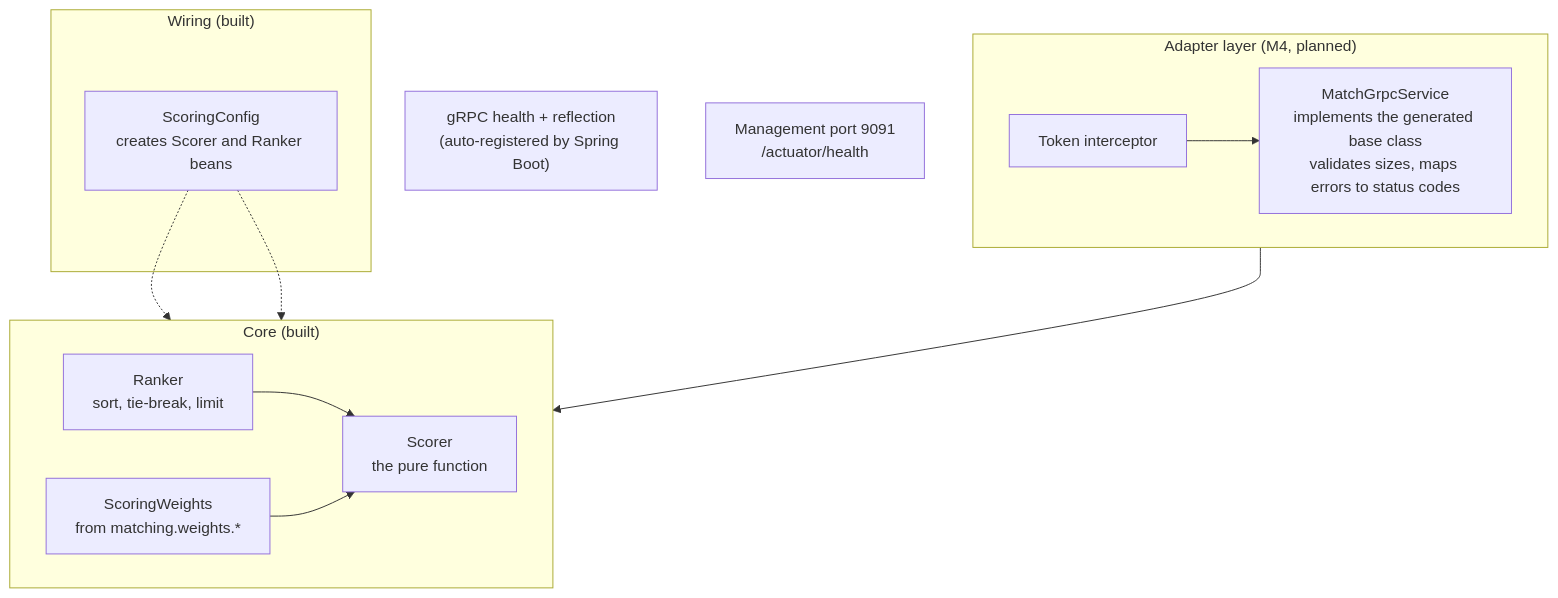
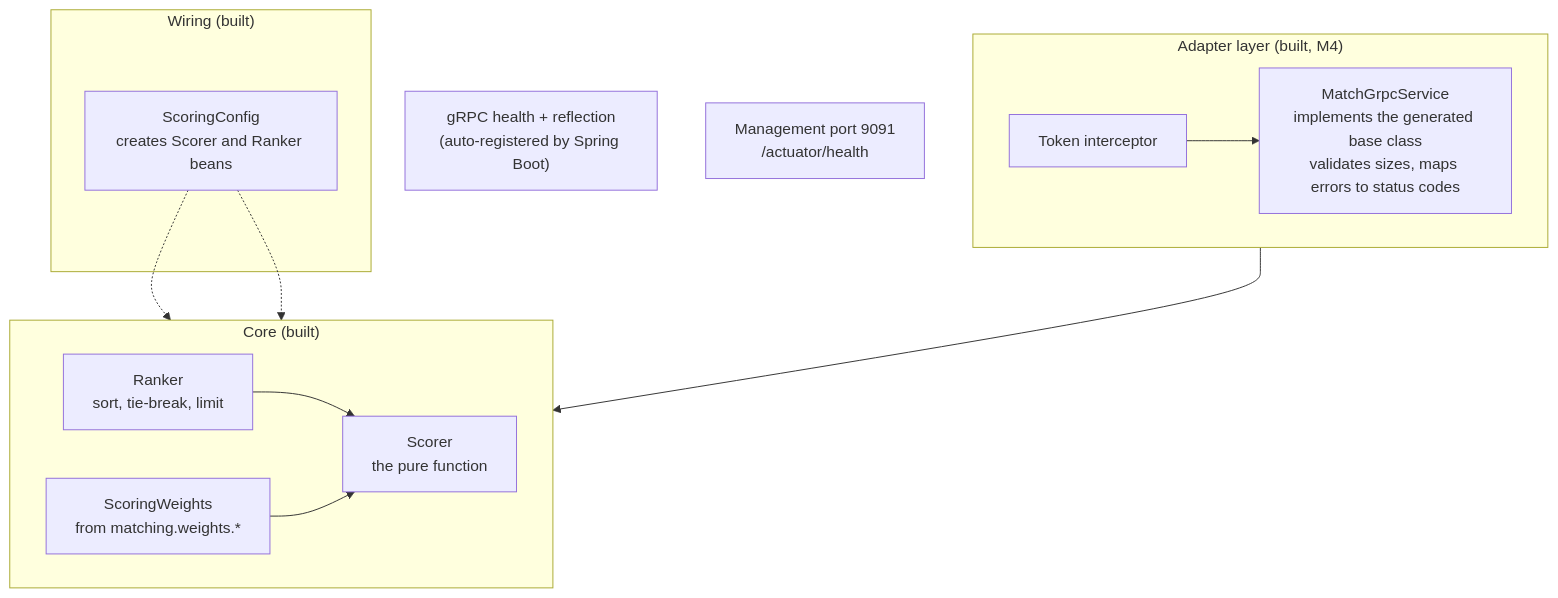
Before and after one commit to covenant-alliance/jobify: the eighth of 13 diagrams in docs/MATCHING_ARCHITECTURE.md, drawn with Mermaid. The commit also changed other lines of this file and 14 other files, not shown here.

````diff
--- a/docs/MATCHING_ARCHITECTURE.md
+++ b/docs/MATCHING_ARCHITECTURE.md
@@ -285,20 +286,20 @@
 ```mermaid
 flowchart TB
-    subgraph ADAPTER["Adapter layer (M4, planned)"]
+    subgraph ADAPTER["Adapter layer (built, M4)"]
         direction LR
         INT["Token interceptor"] --> IMPL["MatchGrpcService<br/>implements the generated base class<br/>validates sizes, maps errors to status codes"]
     end
     subgraph CORE["Core (built)"]
         direction LR
         R["Ranker<br/>sort, tie-break, limit"] --> SC["Scorer<br/>the pure function"]
         W["ScoringWeights<br/>from matching.weights.*"] --> SC
     end
     subgraph CFG["Wiring (built)"]
         SCFG["ScoringConfig<br/>creates Scorer and Ranker beans"]
     end
     IMPL --> R
     SCFG -.-> R
     SCFG -.-> SC
     HEALTH["gRPC health + reflection<br/>(auto-registered by Spring Boot)"]
     MGMT["Management port 9091<br/>/actuator/health"]
 ```
````
